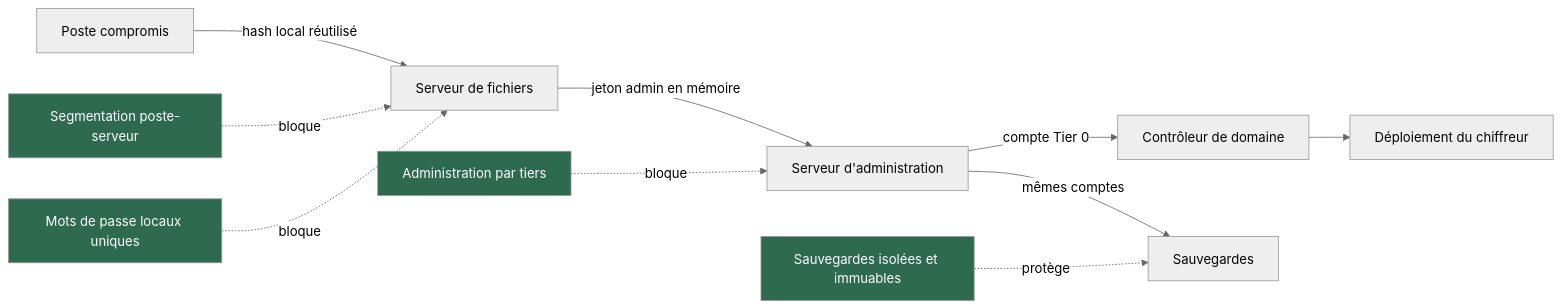
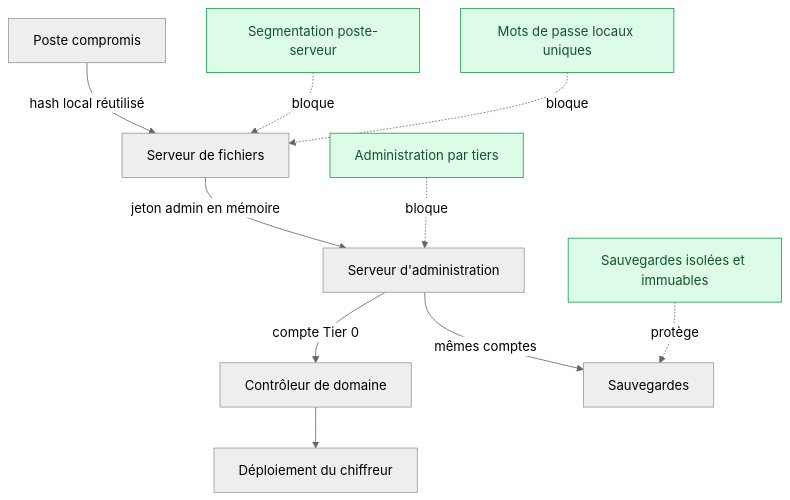
Before and after one commit to Gooseppr/GevOps_LC: the first of 3 diagrams in courses/reseaux-cybersecurite/30_architecture_securite.md, drawn with Mermaid (neutral theme). The commit also changed other lines of this file and 56 other files, not shown here.

````diff
--- a/courses/reseaux-cybersecurite/30_architecture_securite.md
+++ b/courses/reseaux-cybersecurite/30_architecture_securite.md
@@ -87,16 +87,16 @@
 ```mermaid
-flowchart LR
+flowchart TD
     A["Poste compromis"] -->|"hash local réutilisé"| B["Serveur de fichiers"]
     B -->|"jeton admin en mémoire"| C["Serveur d'administration"]
     C -->|"compte Tier 0"| D["Contrôleur de domaine"]
     D --> E["Déploiement du chiffreur"]
     C -->|"mêmes comptes"| F["Sauvegardes"]
     S1["Segmentation poste-serveur"] -.->|"bloque"| B
     S2["Mots de passe locaux uniques"] -.->|"bloque"| B
     S3["Administration par tiers"] -.->|"bloque"| C
     S4["Sauvegardes isolées et immuables"] -.->|"protège"| F
-    style S1 fill:#2d6a4f,color:#fff
-    style S2 fill:#2d6a4f,color:#fff
-    style S3 fill:#2d6a4f,color:#fff
-    style S4 fill:#2d6a4f,color:#fff
+    style S1 fill:#dcfce7,stroke:#16a34a,color:#14532d
+    style S2 fill:#dcfce7,stroke:#16a34a,color:#14532d
+    style S3 fill:#dcfce7,stroke:#16a34a,color:#14532d
+    style S4 fill:#dcfce7,stroke:#16a34a,color:#14532d
 ```
````
